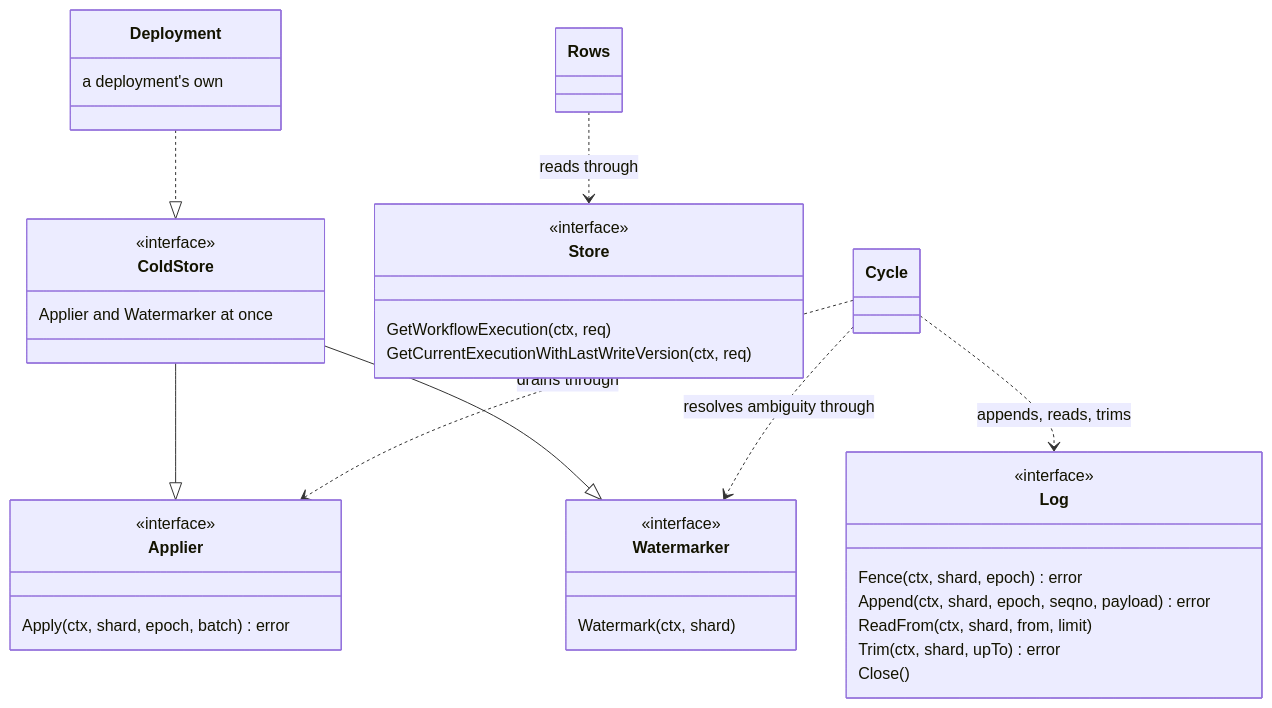
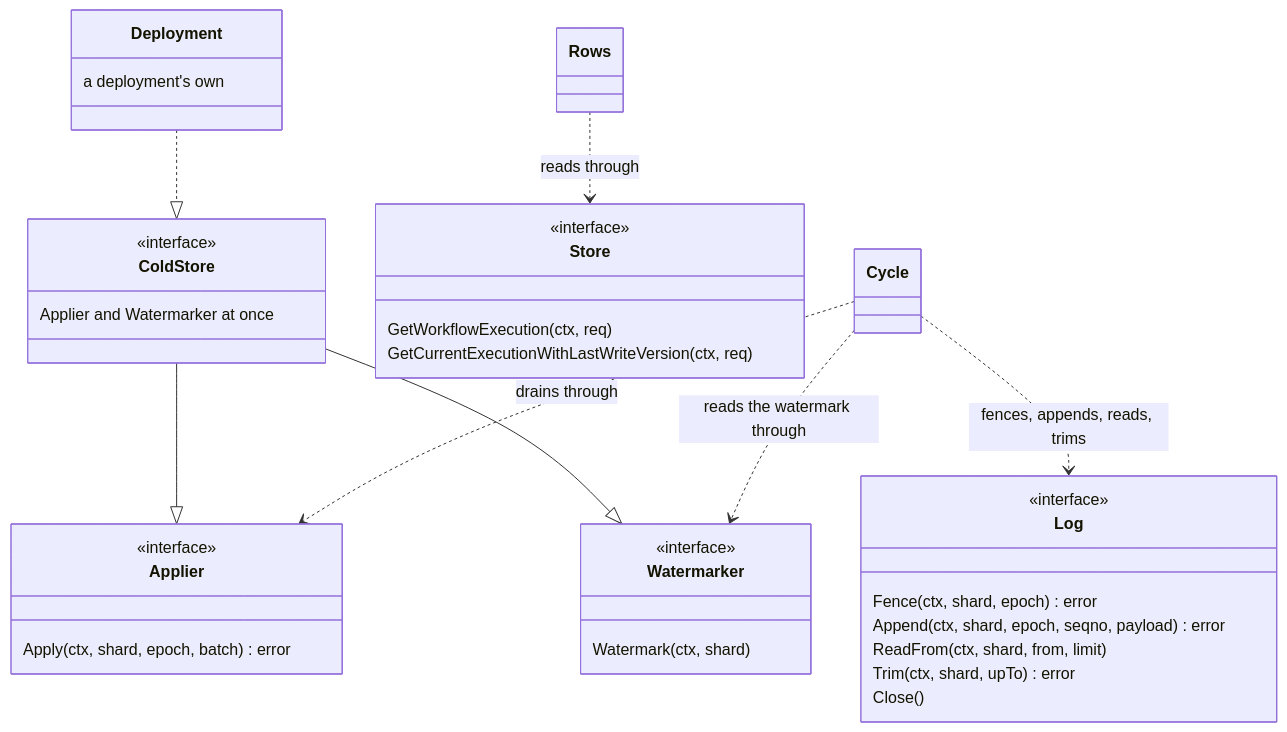
One commit to aromanovich/waltz changed the second of 2 diagrams in docs/handbook/04-contracts.md. Above: the diagram before and after it, drawn with Mermaid. The commit also changed other lines of this file and 187 other files, not shown here.

````diff
--- a/docs/handbook/04-contracts.md
+++ b/docs/handbook/04-contracts.md
@@ -100,40 +84,40 @@
 ```mermaid
 classDiagram
   class Log {
     <<interface>>
     Fence(ctx, shard, epoch) error
     Append(ctx, shard, epoch, seqno, payload) error
     ReadFrom(ctx, shard, from, limit)
     Trim(ctx, shard, upTo) error
     Close()
   }
   class Applier {
     <<interface>>
     Apply(ctx, shard, epoch, batch) error
   }
   class Watermarker {
     <<interface>>
     Watermark(ctx, shard)
   }
   class ColdStore {
     <<interface>>
     Applier and Watermarker at once
   }
   class Store {
     <<interface>>
     GetWorkflowExecution(ctx, req)
     GetCurrentExecutionWithLastWriteVersion(ctx, req)
   }
   class Cycle
   class Rows
   class Deployment {
     a deployment's own
   }
   ColdStore --|> Applier
   ColdStore --|> Watermarker
   Deployment ..|> ColdStore
   Rows ..> Store : reads through
-  Cycle ..> Log : appends, reads, trims
+  Cycle ..> Log : fences, appends, reads, trims
   Cycle ..> Applier : drains through
-  Cycle ..> Watermarker : resolves ambiguity through
+  Cycle ..> Watermarker : reads the watermark through
 ```
````
